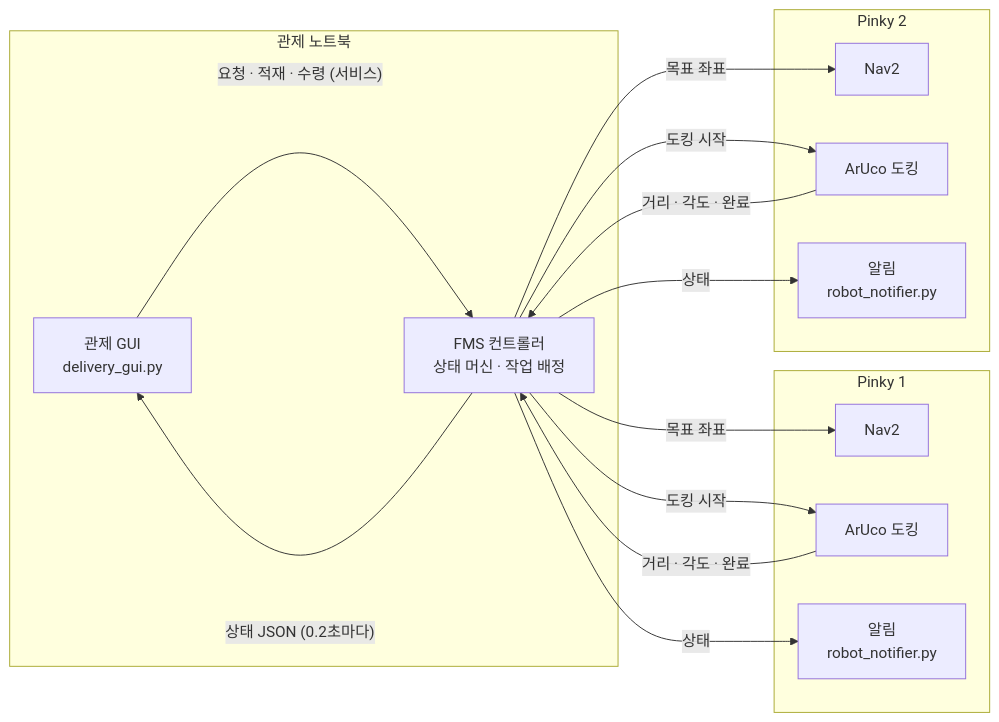
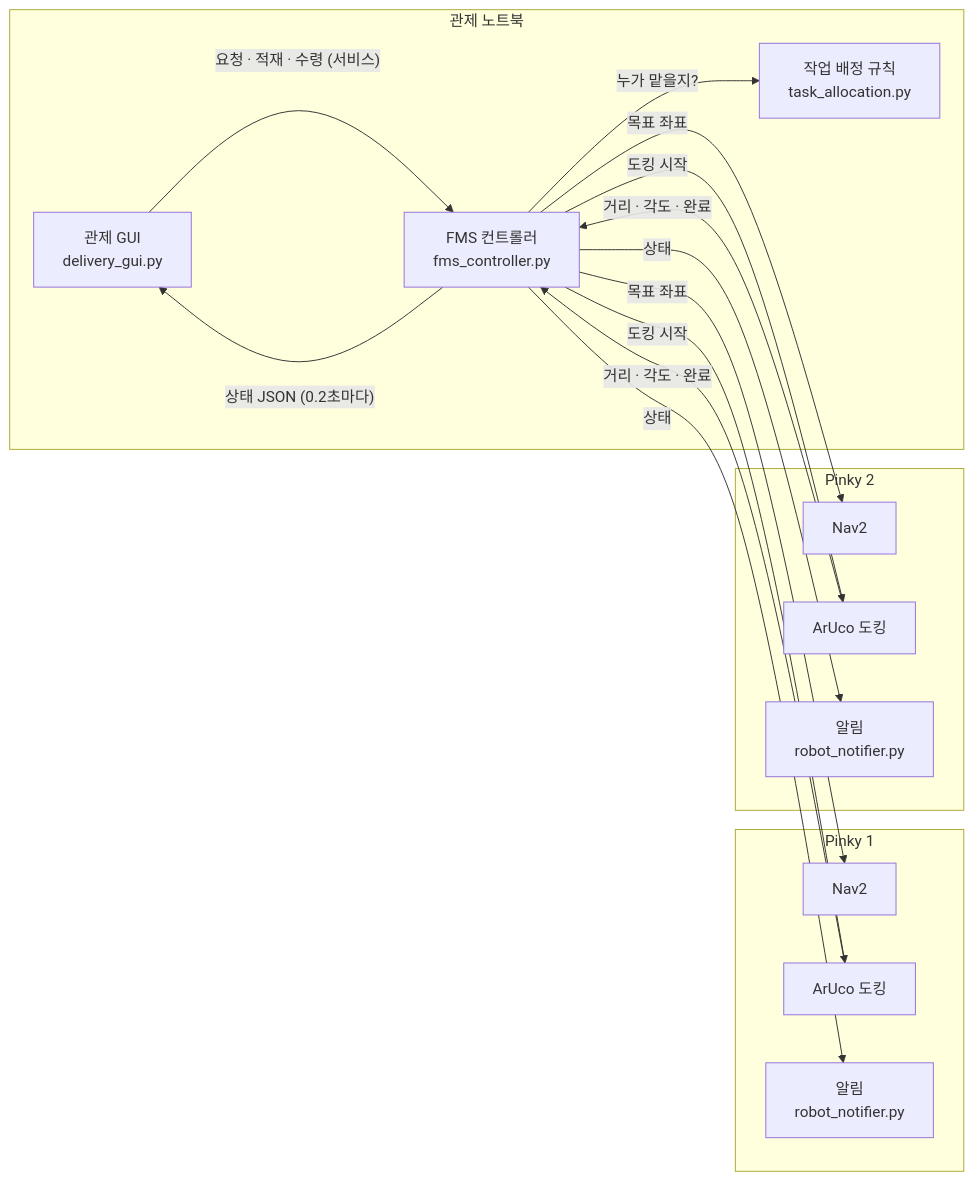
Before and after one commit to brianpark1223/pinky_mini: the first of 2 diagrams in README.md, drawn with Mermaid. The commit also changed other lines of this file and 22 other files, not shown here.

````diff
--- a/README.md
+++ b/README.md
@@ -31,23 +31,25 @@
 ```mermaid
 flowchart LR
     subgraph Laptop["관제 노트북"]
         GUI["관제 GUI<br/>delivery_gui.py"]
-        FMS["FMS 컨트롤러<br/>상태 머신 · 작업 배정"]
+        FMS["FMS 컨트롤러<br/>fms_controller.py"]
+        ALLOC["작업 배정 규칙<br/>task_allocation.py"]
     end
     subgraph P1["Pinky 1"]
         N1["Nav2"]
         D1["ArUco 도킹"]
         S1["알림<br/>robot_notifier.py"]
     end
     subgraph P2["Pinky 2"]
         N2["Nav2"]
         D2["ArUco 도킹"]
         S2["알림<br/>robot_notifier.py"]
     end
     GUI -- "요청 · 적재 · 수령 (서비스)" --> FMS
+    FMS -- "누가 맡을지?" --> ALLOC
     FMS -- "상태 JSON (0.2초마다)" --> GUI
     FMS -- "목표 좌표" --> N1 & N2
     FMS -- "도킹 시작" --> D1 & D2
     D1 & D2 -- "거리 · 각도 · 완료" --> FMS
     FMS -- "상태" --> S1 & S2
 ```
````
